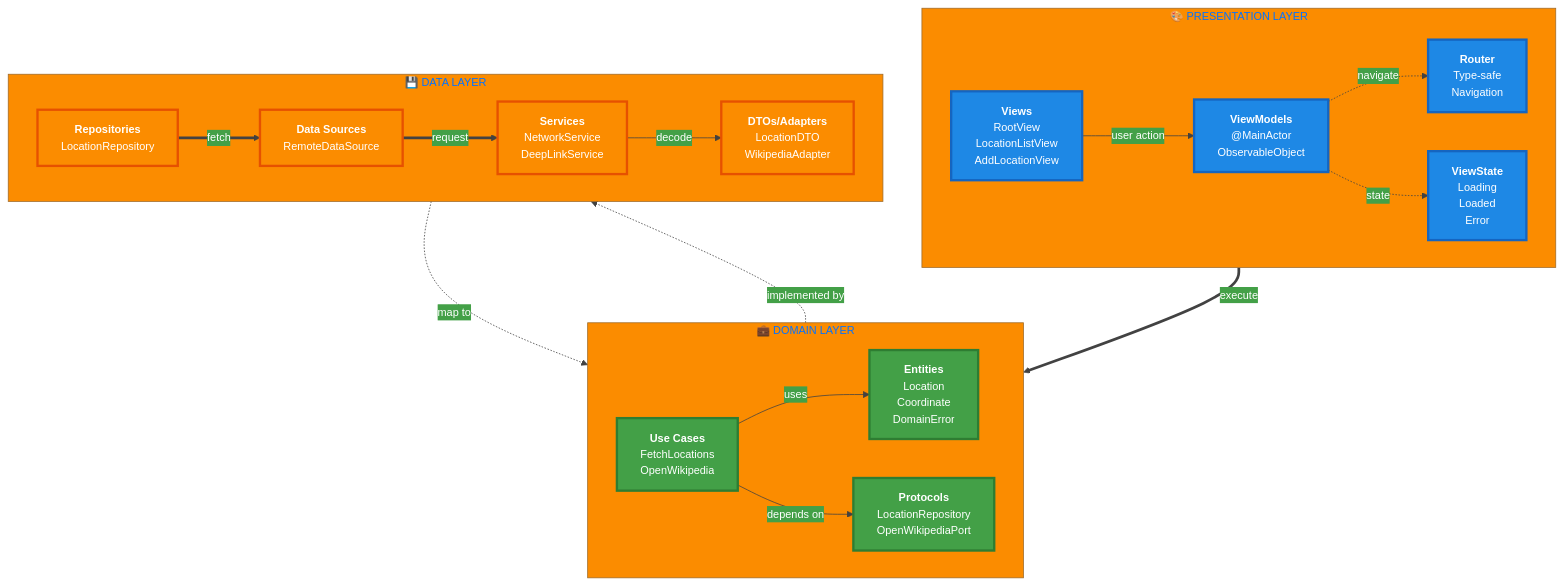
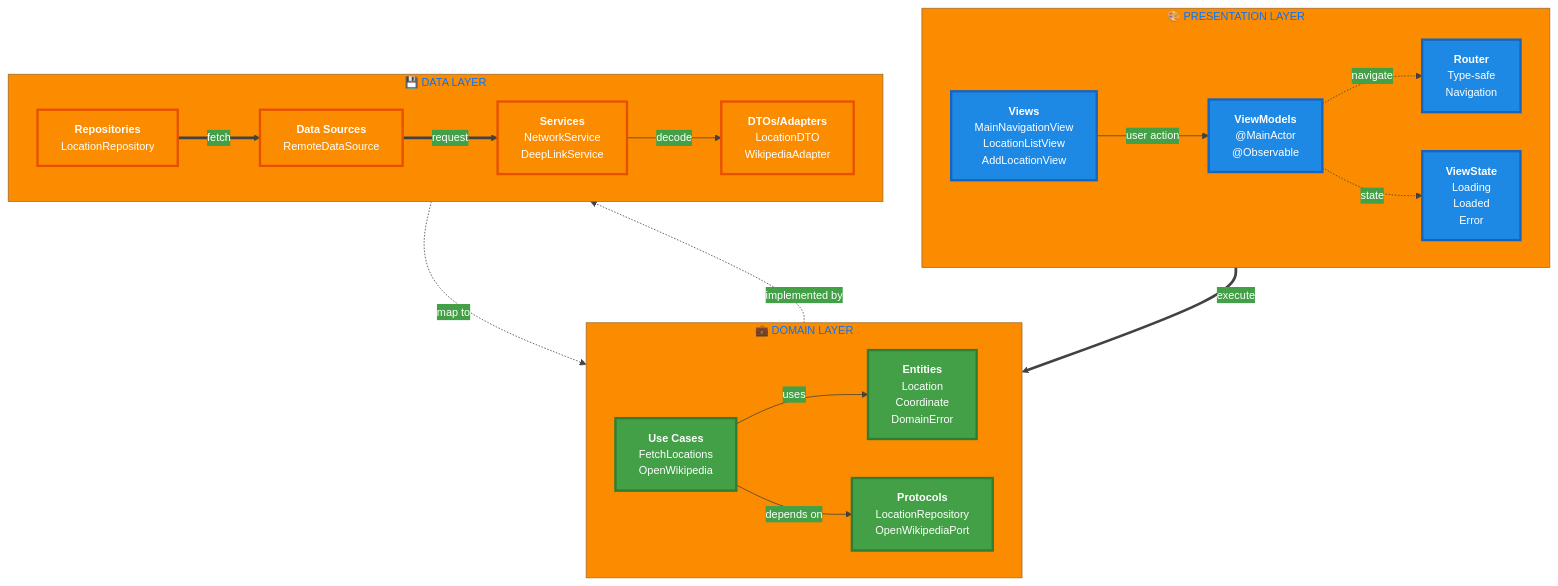
One commit to bafsheh/Places-Demo-App changed the first of 3 diagrams in README.md. Above: the diagram before and after it, drawn with Mermaid. The commit also changed other lines of this file and 14 other files, not shown here.

````diff
--- a/README.md
+++ b/README.md
@@ -112,57 +112,57 @@
 ```mermaid
 %%{init: {'theme':'base', 'themeVariables': { 'primaryColor':'#1e88e5','primaryTextColor':'#fff','primaryBorderColor':'#1565c0','lineColor':'#424242','secondaryColor':'#43a047','tertiaryColor':'#fb8c00','fontSize':'14px'}}}%%
 
 graph TB
     subgraph Presentation["🎨 PRESENTATION LAYER"]
         direction LR
-        Views["<b>Views</b><br/>RootView<br/>LocationListView<br/>AddLocationView"]
-        ViewModels["<b>ViewModels</b><br/>@MainActor<br/>ObservableObject"]
+        Views["<b>Views</b><br/>MainNavigationView<br/>LocationListView<br/>AddLocationView"]
+        ViewModels["<b>ViewModels</b><br/>@MainActor<br/>@Observable"]
         Router["<b>Router</b><br/>Type-safe<br/>Navigation"]
         ViewState["<b>ViewState</b><br/>Loading<br/>Loaded<br/>Error"]
     end
     
     subgraph Domain["💼 DOMAIN LAYER"]
         direction LR
         Entities["<b>Entities</b><br/>Location<br/>Coordinate<br/>DomainError"]
         UseCases["<b>Use Cases</b><br/>FetchLocations<br/>OpenWikipedia"]
         Protocols["<b>Protocols</b><br/>LocationRepository<br/>OpenWikipediaPort"]
     end
     
     subgraph Data["💾 DATA LAYER"]
         direction LR
         Repos["<b>Repositories</b><br/>LocationRepository"]
         DataSources["<b>Data Sources</b><br/>RemoteDataSource"]
         Services["<b>Services</b><br/>NetworkService<br/>DeepLinkService"]
         DTOs["<b>DTOs/Adapters</b><br/>LocationDTO<br/>WikipediaAdapter"]
     end
     
     %% Presentation internal connections
     Views -->|user action| ViewModels
     ViewModels -.->|navigate| Router
     ViewModels -.->|state| ViewState
     
     %% Presentation to Domain
     ViewModels ==>|execute| UseCases
     
     %% Domain internal connections
     UseCases -->|uses| Entities
     UseCases -->|depends on| Protocols
     
     %% Domain to Data
     Protocols -.->|implemented by| Repos
     
     %% Data internal connections
     Repos ==>|fetch| DataSources
     DataSources ==>|request| Services
     Services -->|decode| DTOs
     DTOs -.->|map to| Entities
     
     %% Styling for layers
     classDef presentationStyle fill:#1e88e5,stroke:#1565c0,stroke-width:3px,color:#fff
     classDef domainStyle fill:#43a047,stroke:#2e7d32,stroke-width:3px,color:#fff
     classDef dataStyle fill:#fb8c00,stroke:#e65100,stroke-width:3px,color:#fff
     
     class Views,ViewModels,Router,ViewState presentationStyle
     class Entities,UseCases,Protocols domainStyle
     class Repos,DataSources,Services,DTOs dataStyle
 ```
````
